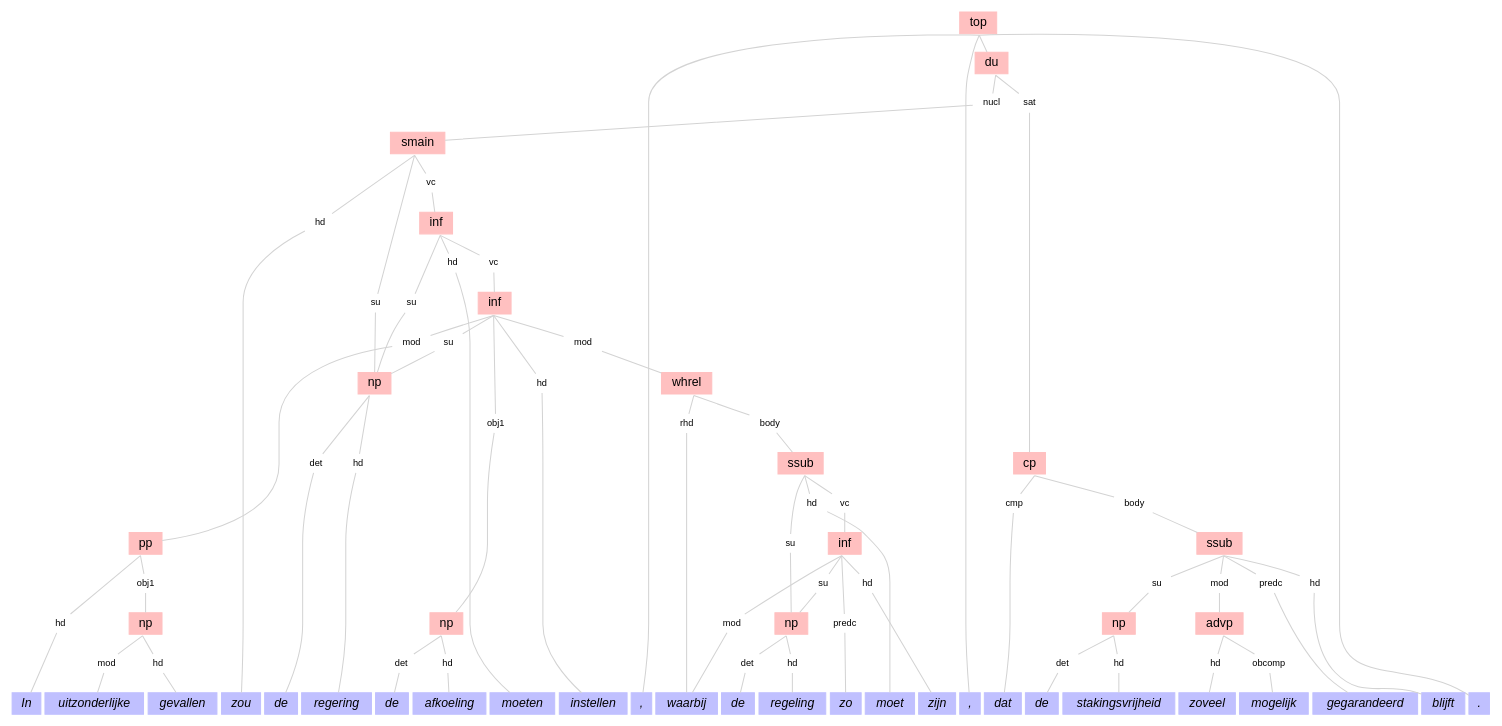
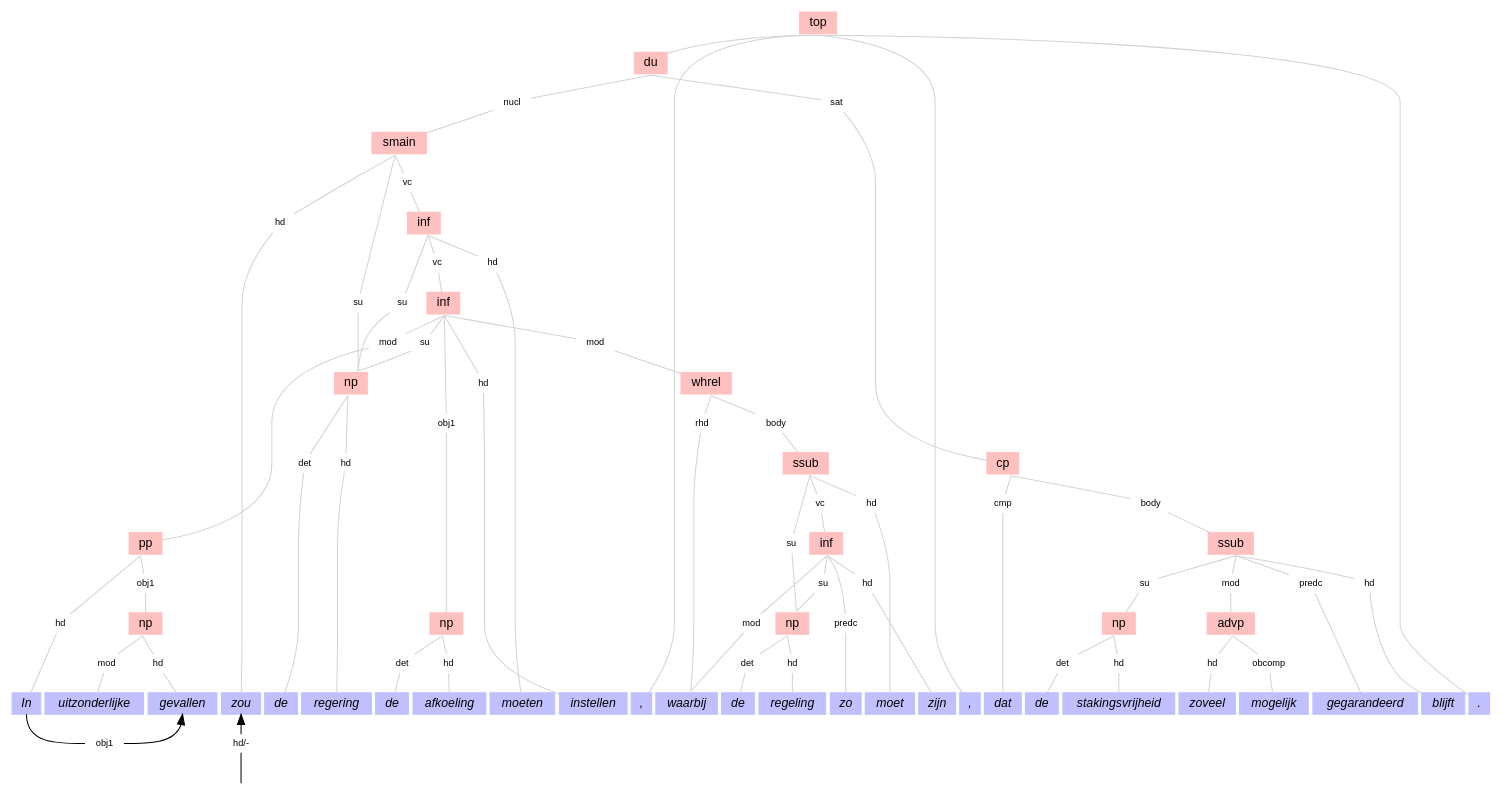
The diagram in tmp/tree3.dot (rug-compling/alpinograph), drawn with Graphviz before and after one commit. The commit also changed 13 other files, not shown here.

```diff
--- a/tmp/tree3.dot
+++ b/tmp/tree3.dot
@@ -1,153 +1,163 @@
 strict graph gr {
 
     ranksep=".25 equally"
     nodesep=.05
-    ordering=out
+    // ordering=out
 
     node [shape=box, height=0, width=0, fontsize=12, fontname="Helvetica", color="#ffc0c0", style=filled];
 
     n0 [label="top"];
     n3 [label="du"];
     n4 [label="smain"];
     n6 [label="np"];
     n9 [label="inf"];
     n12 [label="inf"];
     n13 [label="pp"];
     n15 [label="np"];
     n19 [label="np"];
     n23 [label="whrel"];
     n25 [label="ssub"];
     n26 [label="np"];
     n30 [label="inf"];
     n35 [label="cp"];
     n37 [label="ssub"];
     n38 [label="np"];
     n41 [label="advp"];
 
     node [fontname="Helvetica-Oblique", shape=box, color="#c0c0ff", style=filled];
 
     t1 [label=","];
     t2 [label=","];
     t5 [label="zou"];
     t7 [label="de"];
     t8 [label="regering"];
     t11 [label="moeten"];
     t14 [label="In"];
     t16 [label="uitzonderlijke"];
     t17 [label="gevallen"];
     t20 [label="de"];
     t21 [label="afkoeling"];
     t22 [label="instellen"];
     t24 [label="waarbij"];
     t27 [label="de"];
     t28 [label="regeling"];
     t29 [label="moet"];
     t33 [label="zo"];
     t34 [label="zijn"];
     t36 [label="dat"];
     t39 [label="de"];
     t40 [label="stakingsvrijheid"];
     t42 [label="zoveel"];
     t43 [label="mogelijk"];
     t44 [label="gegarandeerd"];
     t45 [label="blijft"];
     t46 [label="."];
 
     node [fontname="Helvetica", shape=plaintext, color="#d3d3d3", style=solid, fontsize=9];
 
     n3n4   [label="nucl"];
     n3n35  [label="sat"];
     n4t5   [label="hd"];
     n4n6   [label="su"];
     n4n9   [label="vc"];
     n6t7   [label="det"];
     n6t8   [label="hd"];
     n9n6   [label="su"];
     n9t11  [label="hd"];
     n9n12  [label="vc"];
     n12n13 [label="mod"];
     n12n6  [label="su"];
     n12n19 [label="obj1"];
     n12t22 [label="hd"];
     n12n23 [label="mod"];
     n13t14 [label="hd"];
     n13n15 [label="obj1"];
     n15t16 [label="mod"];
     n15t17 [label="hd"];
     n19t20 [label="det"];
     n19t21 [label="hd"];
     n23t24 [label="rhd"];
     n23n25 [label="body"];
     n25n26 [label="su"];
     n25t29 [label="hd"];
     n25n30 [label="vc"];
     n26t27 [label="det"];
     n26t28 [label="hd"];
     n30t24 [label="mod"];
     n30n26 [label="su"];
     n30t33 [label="predc"];
     n30t34 [label="hd"];
     n35t36 [label="cmp"];
     n35n37 [label="body"];
     n37n38 [label="su"];
     n37n41 [label="mod"];
     n37t44 [label="predc"];
     n37t45 [label="hd"];
     n38t39 [label="det"];
     n38t40 [label="hd"];
     n41t42 [label="hd"];
     n41t43 [label="obcomp"];
 
 
     {rank=same; edge[style=invis];  t14 -- t16 -- t17 -- t5 -- t7 -- t8 -- t20 -- t21 -- t11 -- t22 -- t1 -- t24 -- t27 -- t28 -- t33 -- t29 -- t34 -- t2 -- t36 -- t39 -- t40 -- t42 -- t43 -- t44 -- t45 -- t46}
 
-    edge [sametail=true, color="#d3d3d3"];
-
+    edge [sametail=true, samehead=true, color="#d3d3d3"];
 
     n0 	-- t1;
     n0 	-- t2;
     n0 	-- n3;
     n0 	-- t46;
     n3 	-- n3n4	  --  n4;
     n3 	-- n3n35  -- n35;
     n4 	-- n4t5	  --  t5;
     n4 	-- n4n6	  --  n6;
     n4 	-- n4n9	  --  n9;
     n6 	-- n6t7	  --  t7;
     n6 	-- n6t8	  --  t8;
     n9 	-- n9n6	  --  n6;
     n9 	-- n9t11  -- t11;
     n9 	-- n9n12  -- n12;
     n12 -- n12n13 -- n13;
     n12 -- n12n6  --  n6;
     n12 -- n12n19 -- n19;
     n12 -- n12t22 -- t22;
     n12 -- n12n23 -- n23;
     n13 -- n13t14 -- t14;
     n13 -- n13n15 -- n15;
     n15 -- n15t16 -- t16;
     n15 -- n15t17 -- t17;
     n19 -- n19t20 -- t20;
     n19 -- n19t21 -- t21;
     n23 -- n23t24 -- t24;
     n23 -- n23n25 -- n25;
     n25 -- n25n26 -- n26;
     n25 -- n25t29 -- t29;
     n25 -- n25n30 -- n30;
     n26 -- n26t27 -- t27;
     n26 -- n26t28 -- t28;
     n30 -- n30t24 -- t24;
     n30 -- n30n26 -- n26;
     n30 -- n30t33 -- t33;
     n30 -- n30t34 -- t34;
     n35 -- n35t36 -- t36;
     n35 -- n35n37 -- n37;
     n37 -- n37n38 -- n38;
     n37 -- n37n41 -- n41;
     n37 -- n37t44 -- t44;
     n37 -- n37t45 -- t45;
     n38 -- n38t39 -- t39;
     n38 -- n38t40 -- t40;
     n41 -- n41t42 -- t42;
     n41 -- n41t43 -- t43;
+
+    p1 [label="obj1"];
+    p2 [label="hd/-"];
+    p2b [label=""];
+    
+    edge [sametail=false, samehead=false, color="#000000"];
+
+    t14 -- p1  [               headport="w", tailport="s", tailclip=true];
+    p1 -- t17  [dir="forward", headport="s", tailport="e", headclip=true];
+    t5 -- p2  [dir="back",              headport="n", tailport="s", headclip=true]
+    p2  -- p2b [headport="n", tailport="s", headclip=true]
 }
```
